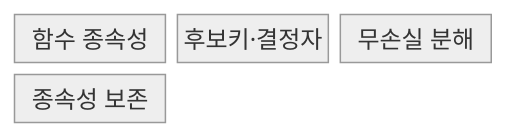
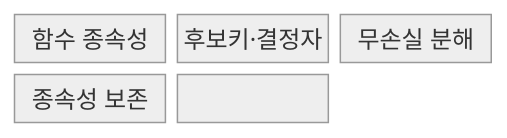
One commit to agnusdei1207/knowledge-base changed the first of 2 diagrams in src/content/docs/notes/03-software/089_database_normalization.md. Above: the diagram before and after it, drawn with Mermaid (neutral theme). The commit also changed other lines of this file and 20 other files, not shown here.

````diff
--- a/src/content/docs/notes/03-software/089_database_normalization.md
+++ b/src/content/docs/notes/03-software/089_database_normalization.md
@@ -62,8 +66,9 @@
 ```mermaid
-block-beta
+block
   columns 3
   F["함수 종속성"]
   K["후보키·결정자"]
   L["무손실 분해"]
   P["종속성 보존"]
+  F --> K --> L --> P
 ```
````
